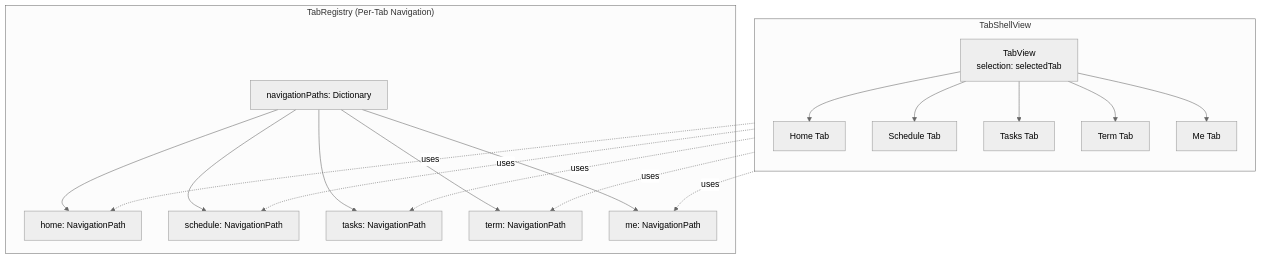
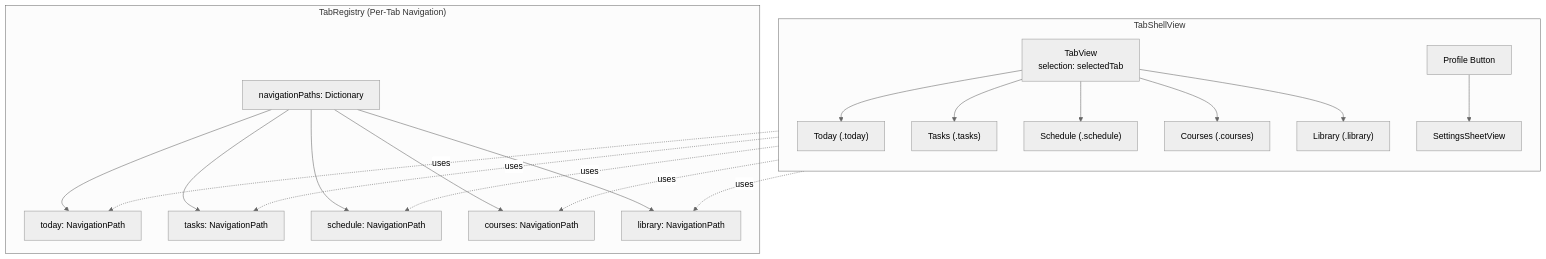
One commit to DormWay/mintlify-docs changed the third of 35 diagrams in docs/engineering/technical/ios/sot-ios-app-state-of-things.mdx. Above: the diagram before and after it, drawn with Mermaid (neutral theme). The commit also changed other lines of this file and 38 other files, not shown here.

````diff
--- a/docs/engineering/technical/ios/sot-ios-app-state-of-things.mdx
+++ b/docs/engineering/technical/ios/sot-ios-app-state-of-things.mdx
@@ -110,26 +110,28 @@
 ```mermaid
 flowchart TB
     subgraph TabShellView
         direction TB
-        T[TabView<br/>selection: selectedTab] --> T1[Home Tab]
-        T --> T2[Schedule Tab]
-        T --> T3[Tasks Tab]
-        T --> T4[Term Tab]
-        T --> T5[Me Tab]
+        T[TabView<br/>selection: selectedTab] --> T1["Today (.today)"]
+        T --> T2["Tasks (.tasks)"]
+        T --> T3["Schedule (.schedule)"]
+        T --> T4["Courses (.courses)"]
+        T --> T5["Library (.library)"]
+
+        PB[Profile Button] --> SS[SettingsSheetView]
     end
 
     subgraph TabRegistry ["TabRegistry (Per-Tab Navigation)"]
         R[navigationPaths: Dictionary]
-        R --> P1["home: NavigationPath"]
-        R --> P2["schedule: NavigationPath"]
-        R --> P3["tasks: NavigationPath"]
-        R --> P4["term: NavigationPath"]
-        R --> P5["me: NavigationPath"]
+        R --> P1["today: NavigationPath"]
+        R --> P2["tasks: NavigationPath"]
+        R --> P3["schedule: NavigationPath"]
+        R --> P4["courses: NavigationPath"]
+        R --> P5["library: NavigationPath"]
     end
 
     T1 -.->|uses| P1
     T2 -.->|uses| P2
     T3 -.->|uses| P3
     T4 -.->|uses| P4
     T5 -.->|uses| P5
 ```
````
